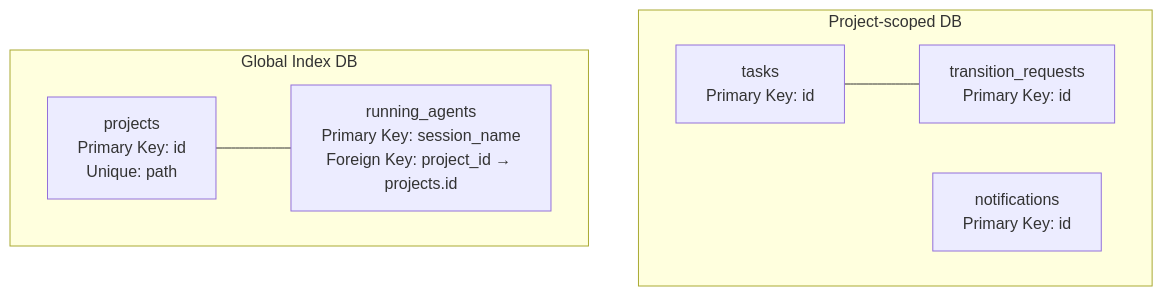
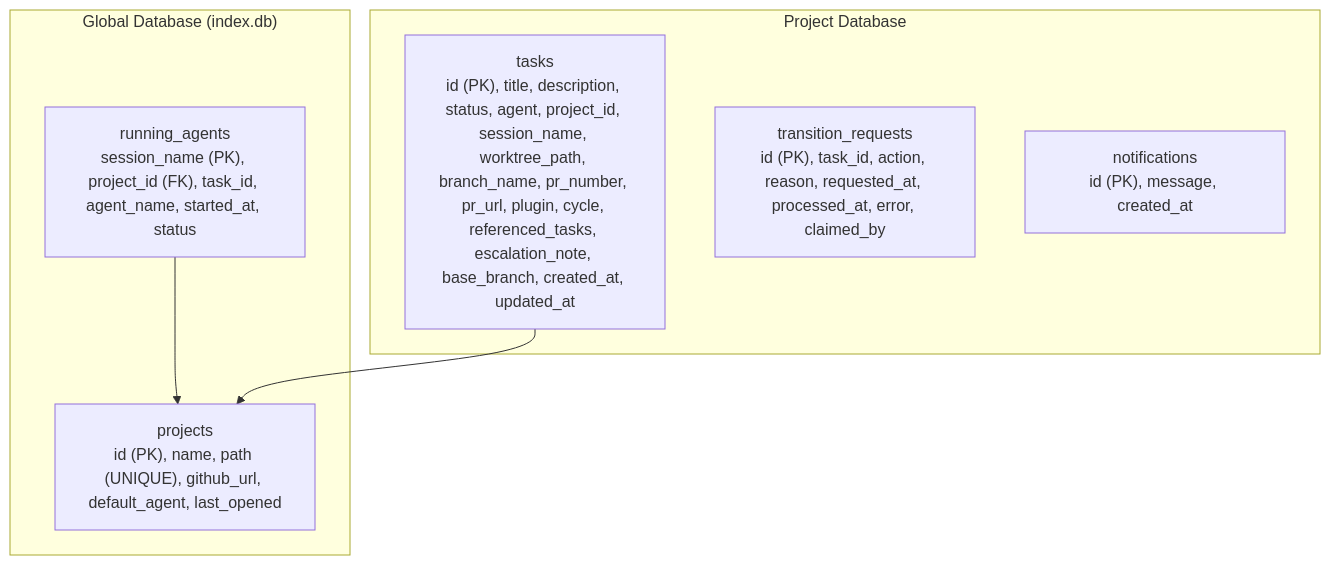
The second of 8 diagrams in .qoder/repowiki/en/content/Database Schema.md (bramburn/agtx), drawn with Mermaid before and after one commit. The commit also changed other lines of this file and 140 other files, not shown here.

````diff
--- a/.qoder/repowiki/en/content/Database Schema.md
+++ b/.qoder/repowiki/en/content/Database Schema.md
@@ -35,14 +73,14 @@
 ```mermaid
 graph TB
-subgraph "Project-scoped DB"
-Tasks["tasks<br/>Primary Key: id"]
-TransReqs["transition_requests<br/>Primary Key: id"]
-Notifications["notifications<br/>Primary Key: id"]
+subgraph "Global Database (index.db)"
+PROJECTS["projects<br/>id (PK), name, path (UNIQUE), github_url, default_agent, last_opened"]
+RUNNING_AGENTS["running_agents<br/>session_name (PK), project_id (FK), task_id, agent_name, started_at, status"]
 end
-subgraph "Global Index DB"
-Projects["projects<br/>Primary Key: id<br/>Unique: path"]
-RunningAgents["running_agents<br/>Primary Key: session_name<br/>Foreign Key: project_id → projects.id"]
+subgraph "Project Database"
+TASKS["tasks<br/>id (PK), title, description, status, agent, project_id, session_name, worktree_path, branch_name, pr_number, pr_url, plugin, cycle, referenced_tasks, escalation_note, base_branch, created_at, updated_at"]
+TRANSITION_REQUESTS["transition_requests<br/>id (PK), task_id, action, reason, requested_at, processed_at, error, claimed_by"]
+NOTIFICATIONS["notifications<br/>id (PK), message, created_at"]
 end
-Tasks --- TransReqs
-Projects --- RunningAgents
+RUNNING_AGENTS --> PROJECTS
+TASKS --> PROJECTS
 ```
````
